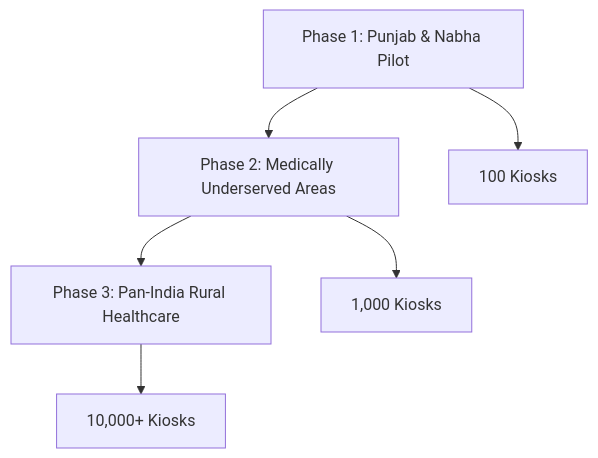
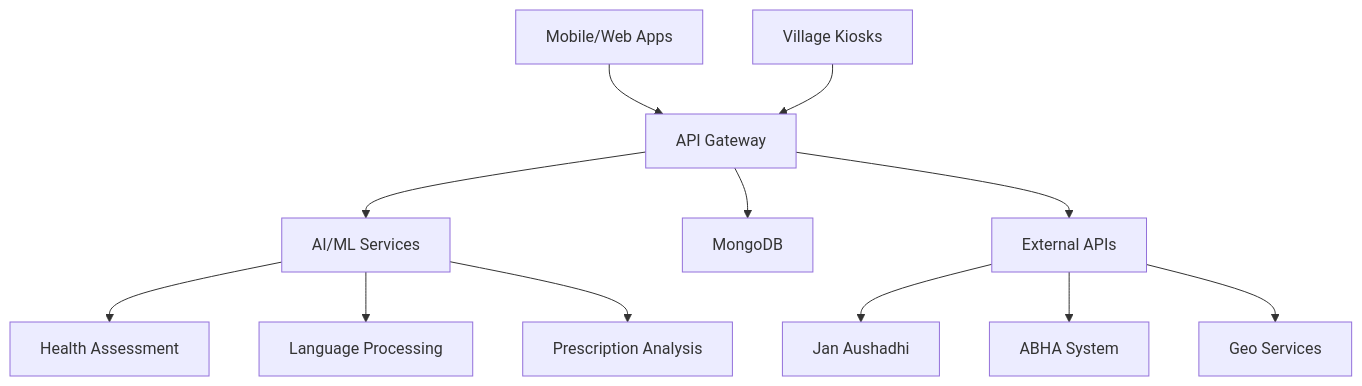
Before and after one commit to aryan29gupta/ved-seva: the diagram in README.md, drawn with Mermaid. The commit also changed other lines of this file, not shown here.

````diff
--- a/README.md
+++ b/README.md
@@ -370,9 +98,16 @@
 ```mermaid
-graph TD
-    A[Phase 1: Punjab & Nabha Pilot] --> B[Phase 2: Medically Underserved Areas]
-    B --> C[Phase 3: Pan-India Rural Healthcare]
+graph TB
+    A[Mobile/Web Apps] --> B[API Gateway]
+    C[Village Kiosks] --> B
+    B --> D[AI/ML Services]
+    B --> E[MongoDB]
+    B --> F[External APIs]
     
-    A --> A1[100 Kiosks]
-    B --> B1[1,000 Kiosks]
-    C --> C1[10,000+ Kiosks]
+    D --> D1[Health Assessment]
+    D --> D2[Language Processing] 
+    D --> D3[Prescription Analysis]
+    
+    F --> F1[Jan Aushadhi]
+    F --> F2[ABHA System]
+    F --> F3[Geo Services]
 ```
````
